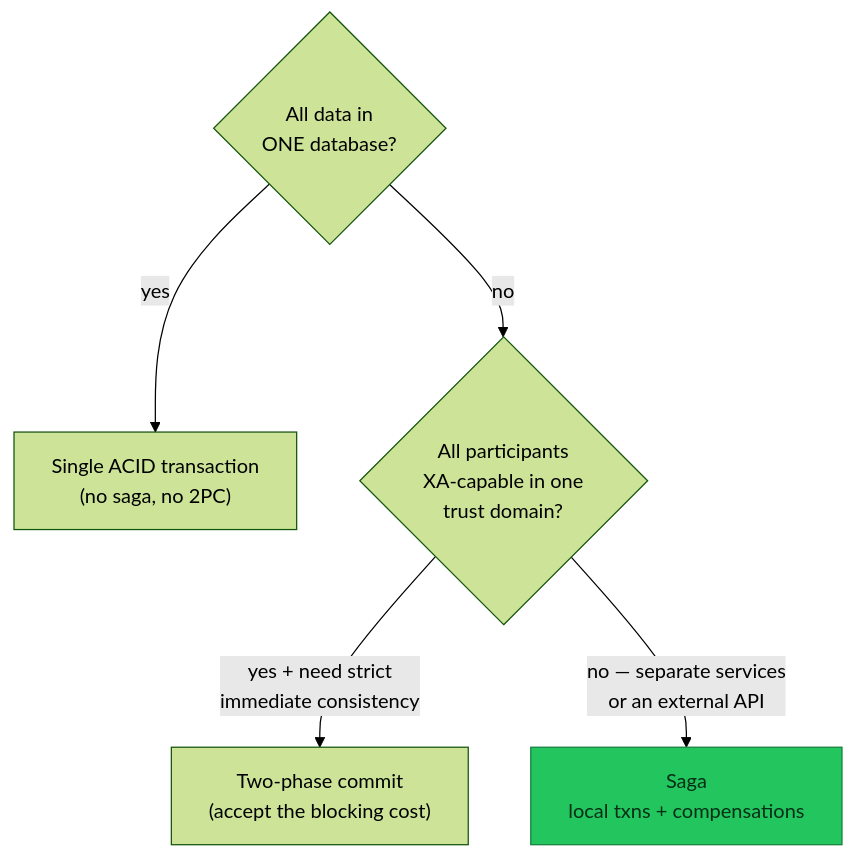
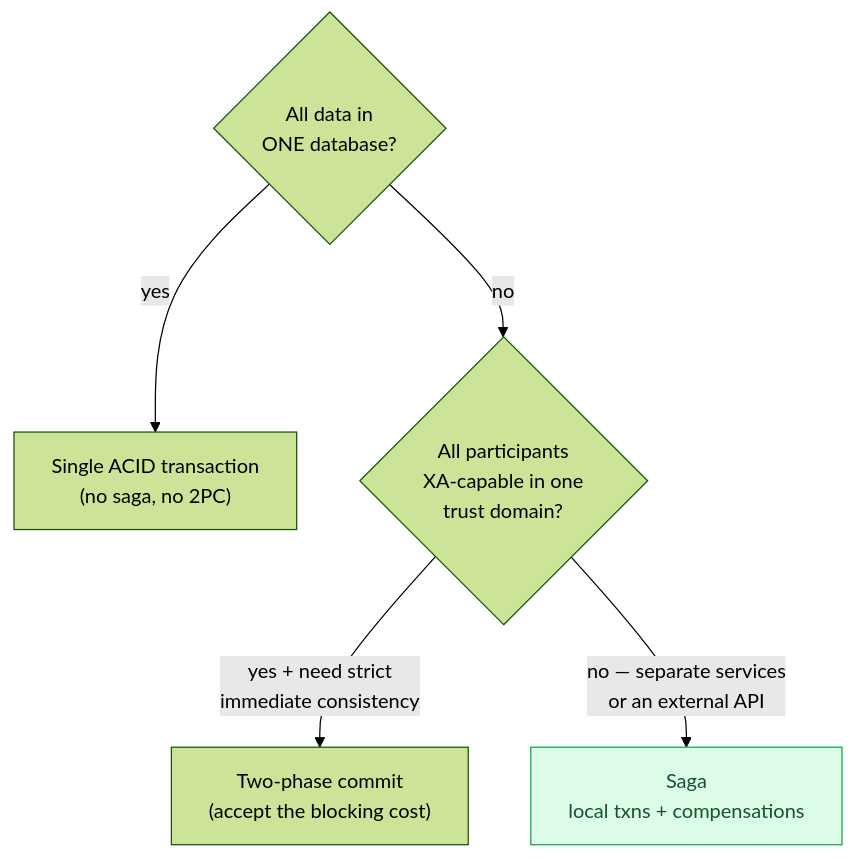
The seventh of 20 diagrams in docs/api/temporal.md (duynhlab/homelab), drawn with Mermaid (forest theme) before and after one commit. The commit also changed other lines of this file and 174 other files, not shown here.

First line of the commit message:
Soft-tint diagram palette, a signal-flow diagram, a Linux-ready Draw.io skill

````diff
--- a/docs/api/temporal.md
+++ b/docs/api/temporal.md
@@ -321,11 +321,11 @@
 ```mermaid
 flowchart TD
     Q1{"All data in<br/>ONE database?"}
     Q1 -->|yes| T["Single ACID transaction<br/>(no saga, no 2PC)"]
     Q1 -->|no| Q2{"All participants<br/>XA-capable in one<br/>trust domain?"}
     Q2 -->|"yes + need strict<br/>immediate consistency"| TPC["Two-phase commit<br/>(accept the blocking cost)"]
     Q2 -->|"no — separate services<br/>or an external API"| SAGA["Saga<br/>local txns + compensations"]
 
-    classDef pick fill:#22c55e,color:#052e16,stroke:#15803d;
+    classDef pick fill:#dcfce7,color:#14532d,stroke:#16a34a;
     class SAGA pick;
 ```
````
